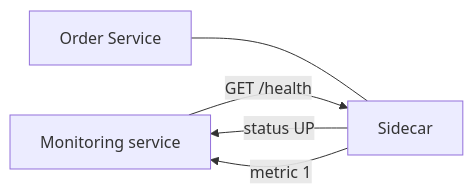
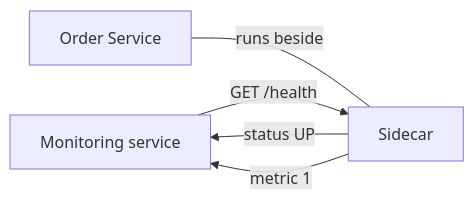
One commit to vinayakuber/microservices-io-study-guide changed diagram 11 of 13 in docs/ch42-sidecar.md. Above: the diagram before and after it, drawn with Mermaid. The commit also changed other lines of this file and 71 other files, not shown here.

First line of the commit message:
R18: label every diagram arrow with its meaning

````diff
--- a/docs/ch42-sidecar.md
+++ b/docs/ch42-sidecar.md
@@ -355,7 +355,7 @@
 ```mermaid
 flowchart LR
   MON["Monitoring service"] -->|"GET /health"| SIDE["Sidecar"]
   SIDE -->|"status UP"| MON
   SIDE -->|"metric 1"| MON
-  SVC["Order Service"] --- SIDE
+  SVC["Order Service"] ---|"runs beside"| SIDE
 ```
````
